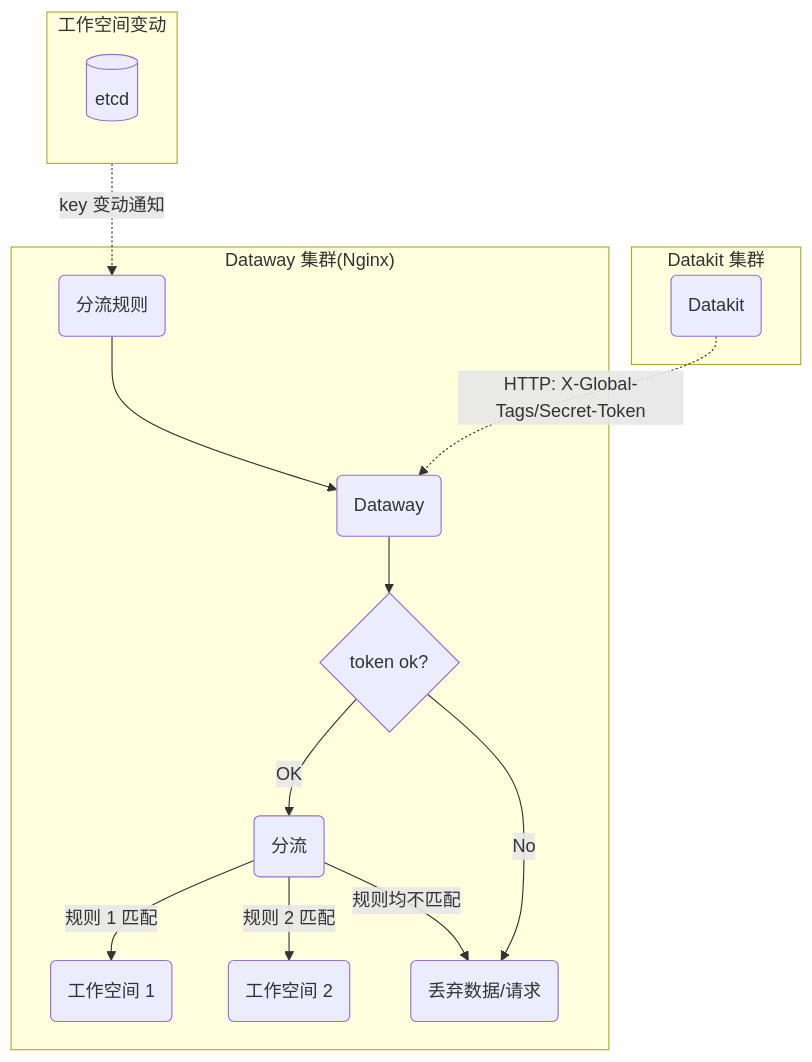
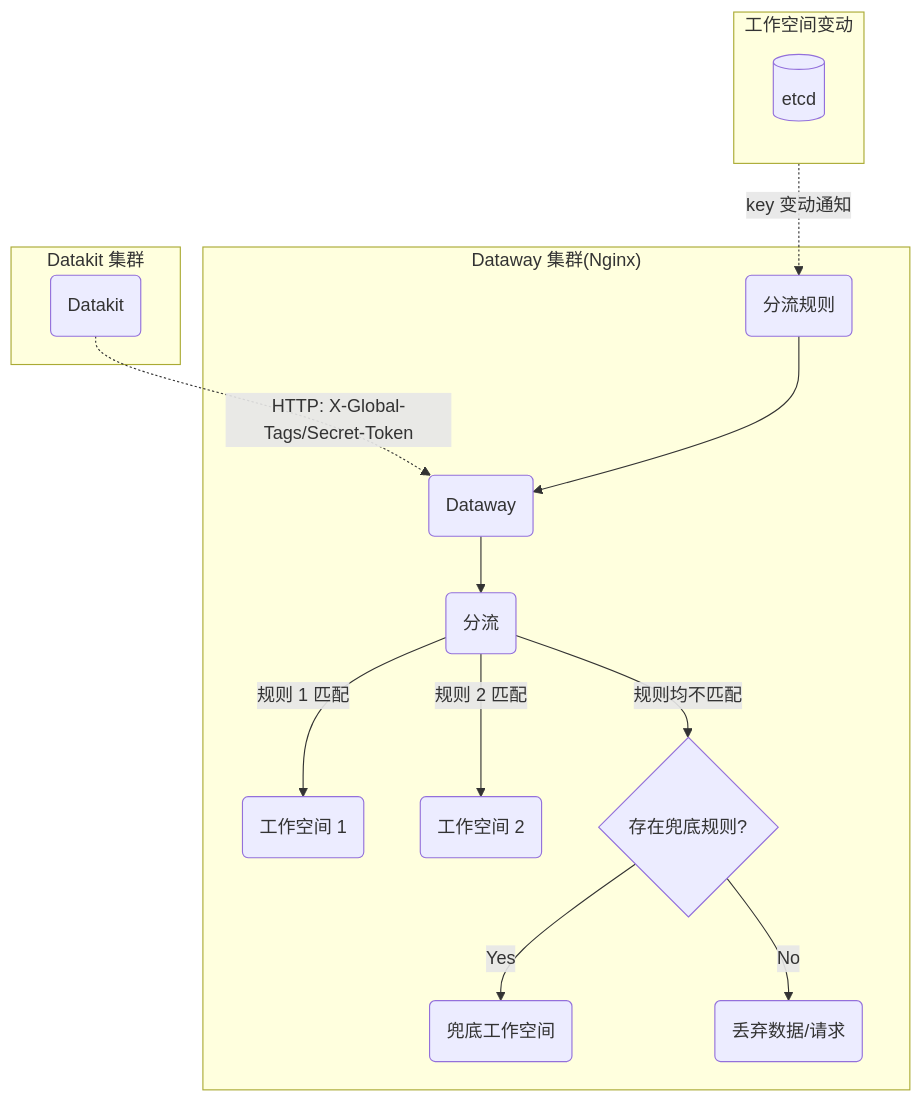
The first of 2 diagrams in docs/zh/deployment/dataway-sink.md (GuanceCloud/guance-docs), drawn with Mermaid before and after one commit. The commit also changed other lines of this file and 6 other files, not shown here.

````diff
--- a/docs/zh/deployment/dataway-sink.md
+++ b/docs/zh/deployment/dataway-sink.md
@@ -15,34 +16,34 @@
 ```mermaid
 flowchart TD
 dw(Dataway);
 dk(Datakit);
 etcd[(etcd)];
 sinker(分流);
 wksp1(工作空间 1);
 wksp2(工作空间 2);
+wkspx(兜底工作空间);
 rules(分流规则);
-check_token{token ok?};
+as_default{存在兜底规则?};
 drop(丢弃数据/请求);
 
 subgraph "Datakit 集群"
 dk
 end
 
 dk -.-> |HTTP: X-Global-Tags/Secret-Token|dw
 
 subgraph "Dataway 集群(Nginx)"
 %%direction LR
-rules -->  dw
-dw --> check_token -->|No| drop
-check_token -->|OK| sinker
+rules -->  dw --> sinker
 
 sinker --> |规则 1 匹配|wksp1;
 sinker --> |规则 2 匹配|wksp2;
-sinker --> |规则均不匹配|drop;
+sinker --> |规则均不匹配|as_default -->|No|drop;
+as_default -->|Yes|wkspx;
 end
 
 subgraph "工作空间变动"
 direction BT
 etcd -.-> |key 变动通知|rules
 end
 ```
````
